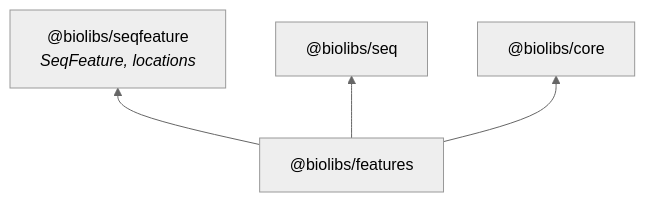
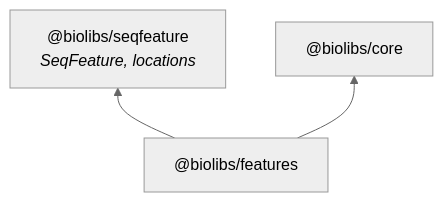
The diagram in packages/features/README.md (matthewlovestocode/biolibs), drawn with Mermaid (neutral theme) before and after one commit. The commit also changed 31 other files, not shown here.

````diff
--- a/packages/features/README.md
+++ b/packages/features/README.md
@@ -92,6 +92,5 @@
 ```mermaid
 graph BT
   features["@biolibs/features"] --> seqfeature["@biolibs/seqfeature<br/><i>SeqFeature, locations</i>"]
-  features --> seq["@biolibs/seq"]
   features --> core["@biolibs/core"]
 ```
````
